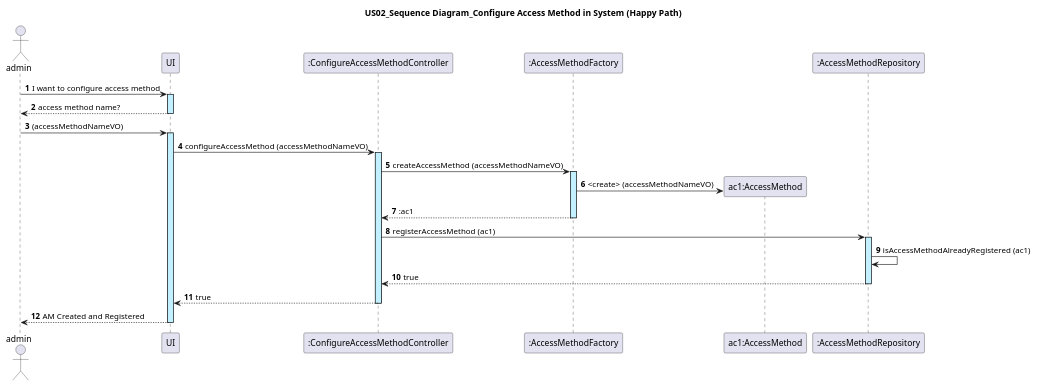
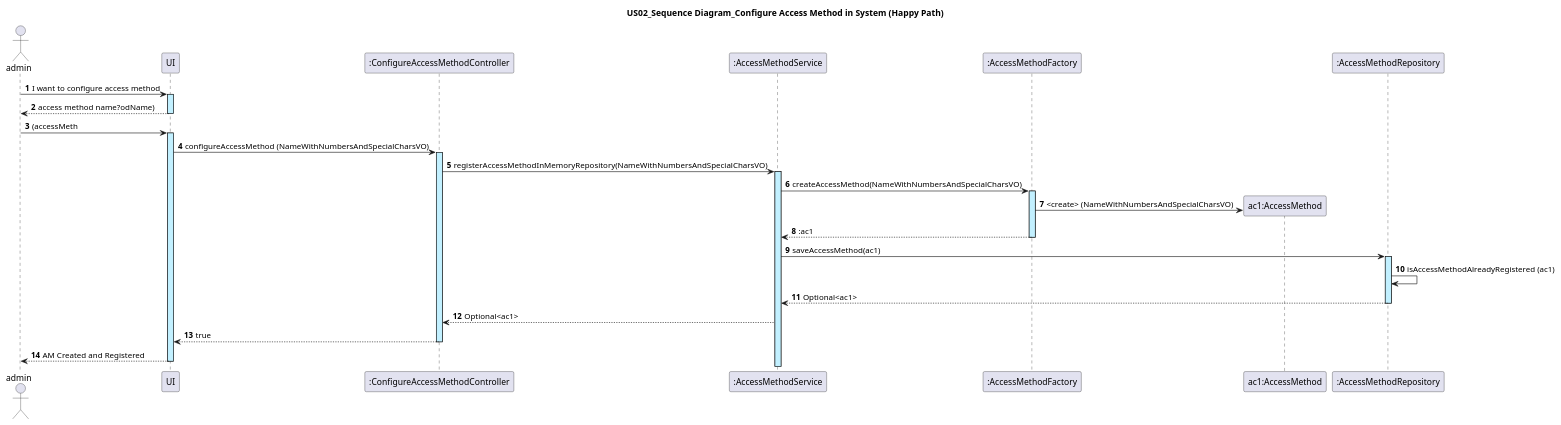
The diagram in docs/US02/US02_ConfigureAccessMethod_SequenceDiagram.puml (GasparISEP/DevOps-PAI), drawn with PlantUML before and after one commit.

Commit message:
Refactor US02 Sequence diagram for memory repository and add Service layer. refs #299

```diff
--- a/docs/US02/US02_ConfigureAccessMethod_SequenceDiagram.puml
+++ b/docs/US02/US02_ConfigureAccessMethod_SequenceDiagram.puml
@@ -1,26 +1,27 @@
 @startuml
 actor admin
 autonumber
 
 title: US02_Sequence Diagram_Configure Access Method in System (Happy Path)
 
 admin -> UI ++ #application : I want to configure access method
-UI --> admin -- : access method name?
-admin -> UI ++ #application :(accessMethodNameVO)
-UI -> ":ConfigureAccessMethodController" as ConfigureAccessMethodController ++ #application : configureAccessMethod (accessMethodNameVO)
+UI --> admin -- : access method name?odName)
+admin -> UI ++ #application :(accessMeth
+UI -> ":ConfigureAccessMethodController" as ConfigureAccessMethodController ++ #application : configureAccessMethod (NameWithNumbersAndSpecialCharsVO)
+ConfigureAccessMethodController -> ":AccessMethodService" ++ #application: registerAccessMethodInMemoryRepository(NameWithNumbersAndSpecialCharsVO)
 
+":AccessMethodService" -> ":AccessMethodFactory" as AccessMethodFactory ++ #application : createAccessMethod(NameWithNumbersAndSpecialCharsVO)
+create "ac1:AccessMethod" as AccessMethod
+AccessMethodFactory -> AccessMethod  #application  : <create> (NameWithNumbersAndSpecialCharsVO)
+AccessMethodFactory --> ":AccessMethodService" -- : :ac1
 
-ConfigureAccessMethodController -> ":AccessMethodFactory" as AccessMethodFactory ++ #application : createAccessMethod (accessMethodNameVO)
-create "ac1:AccessMethod" as AccessMethod
-AccessMethodFactory -> AccessMethod  #application  : <create> (accessMethodNameVO)
-AccessMethodFactory --> ConfigureAccessMethodController -- : :ac1
-
-ConfigureAccessMethodController -> ":AccessMethodRepository" as AccessMethodRepository ++ #application : registerAccessMethod (ac1)
+":AccessMethodService" -> ":AccessMethodRepository" as AccessMethodRepository ++ #application : saveAccessMethod(ac1)
 
 AccessMethodRepository -> AccessMethodRepository : isAccessMethodAlreadyRegistered (ac1)
 
-AccessMethodRepository --> ConfigureAccessMethodController --: true
+AccessMethodRepository --> ":AccessMethodService" --:  Optional<ac1>
 
+":AccessMethodService" --> ConfigureAccessMethodController: Optional<ac1>
 ConfigureAccessMethodController --> UI --: true
 UI --> admin --: AM Created and Registered
 @enduml
```
